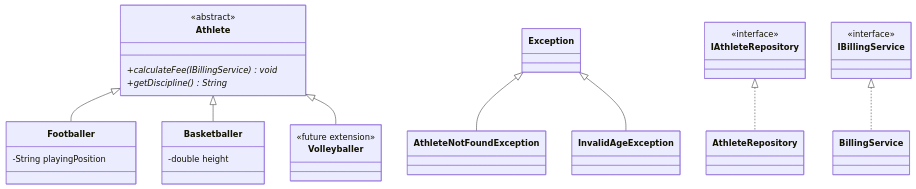
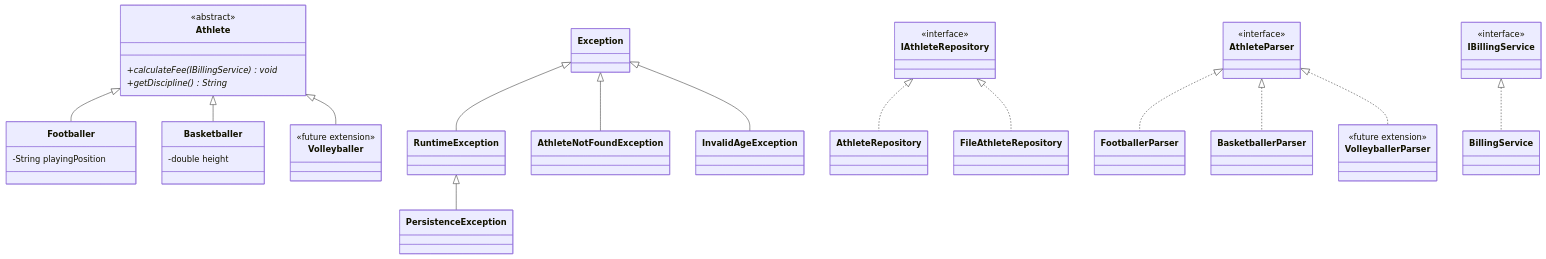
Before and after one commit to miltonmaldonado333/AuraTech: the diagram in docs/hierarchy-diagram.md, drawn with Mermaid. The commit also changed other lines of this file and 2 other files, not shown here.

Commit message:
docs: actualizando diagramas

````diff
--- a/docs/hierarchy-diagram.md
+++ b/docs/hierarchy-diagram.md
@@ -3,38 +3,56 @@
 ```mermaid
 classDiagram
     class Athlete {
         <<abstract>>
         +calculateFee(IBillingService)* void
         +getDiscipline()* String
     }
     class Footballer {
         -String playingPosition
     }
     class Basketballer {
         -double height
     }
     class Volleyballer {
         <<future extension>>
     }
     Athlete <|-- Footballer
     Athlete <|-- Basketballer
     Athlete <|-- Volleyballer
 
     class Exception
+    class RuntimeException
     class AthleteNotFoundException
     class InvalidAgeException
+    class PersistenceException
     Exception <|-- AthleteNotFoundException
     Exception <|-- InvalidAgeException
+    Exception <|-- RuntimeException
+    RuntimeException <|-- PersistenceException
 
     class IAthleteRepository {
         <<interface>>
     }
     class AthleteRepository
+    class FileAthleteRepository
     IAthleteRepository <|.. AthleteRepository
+    IAthleteRepository <|.. FileAthleteRepository
+
+    class AthleteParser {
+        <<interface>>
+    }
+    class FootballerParser
+    class BasketballerParser
+    class VolleyballerParser {
+        <<future extension>>
+    }
+    AthleteParser <|.. FootballerParser
+    AthleteParser <|.. BasketballerParser
+    AthleteParser <|.. VolleyballerParser
 
     class IBillingService {
         <<interface>>
     }
     class BillingService
     IBillingService <|.. BillingService
 ```
````
